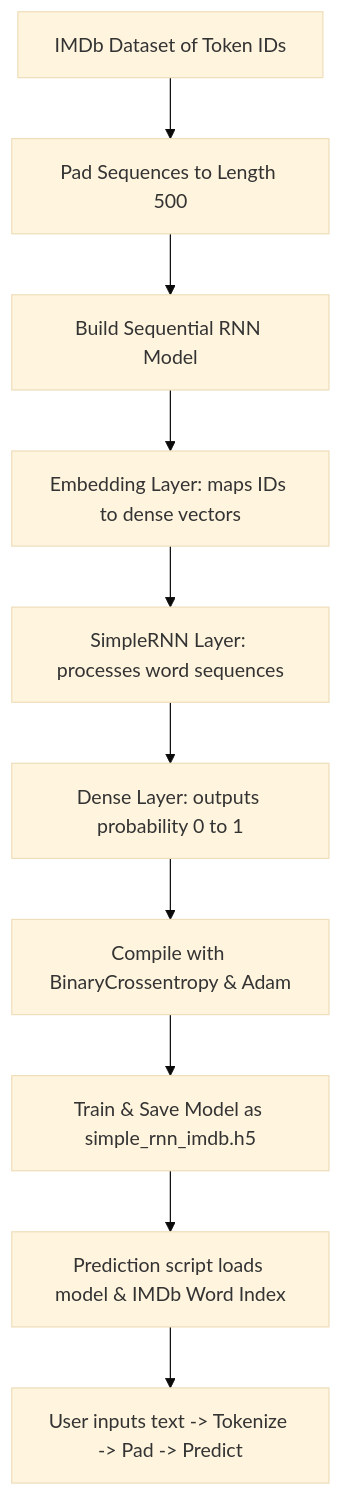
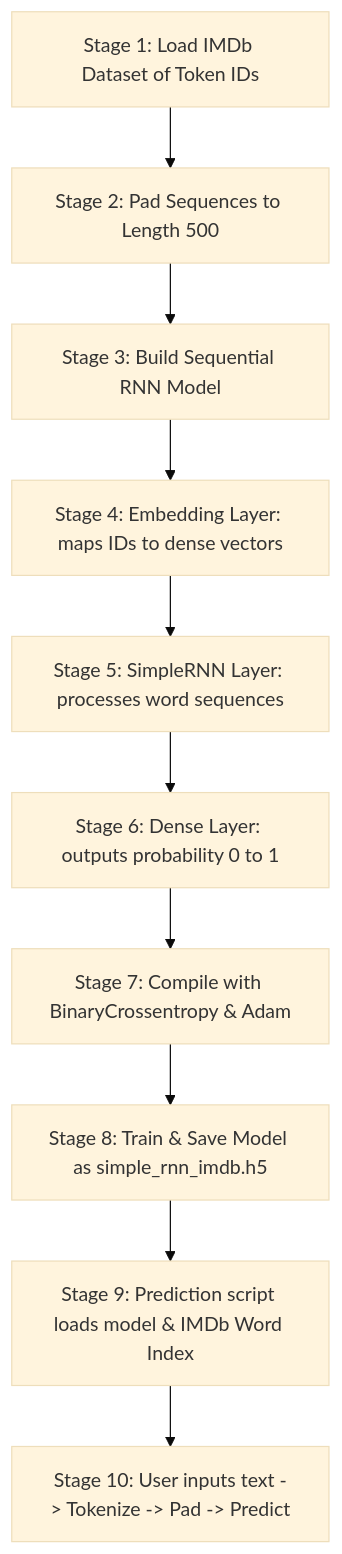
One commit to moonstruck2003/ai-kernel changed the diagram in krish-naik/12 - End to End DL project with Simple RNN/rnn_sentiment_cheatsheet.md. Above: the diagram before and after it, drawn with Mermaid (base theme). The commit also changed other lines of this file and 3 other files, not shown here.

````diff
--- a/krish-naik/12 - End to End DL project with Simple RNN/rnn_sentiment_cheatsheet.md
+++ b/krish-naik/12 - End to End DL project with Simple RNN/rnn_sentiment_cheatsheet.md
@@ -14,12 +14,12 @@
 ```mermaid
 graph TD
-    A[IMDb Dataset of Token IDs] --> B[Pad Sequences to Length 500]
-    B --> C[Build Sequential RNN Model]
-    C --> D[Embedding Layer: maps IDs to dense vectors]
-    D --> E[SimpleRNN Layer: processes word sequences]
-    E --> F[Dense Layer: outputs probability 0 to 1]
-    F --> G[Compile with BinaryCrossentropy & Adam]
-    G --> H[Train & Save Model as simple_rnn_imdb.h5]
-    H --> I[Prediction script loads model & IMDb Word Index]
-    I --> J[User inputs text -> Tokenize -> Pad -> Predict]
+    Stage1[Stage 1: Load IMDb Dataset of Token IDs] --> Stage2[Stage 2: Pad Sequences to Length 500]
+    Stage2 --> Stage3[Stage 3: Build Sequential RNN Model]
+    Stage3 --> Stage4[Stage 4: Embedding Layer: maps IDs to dense vectors]
+    Stage4 --> Stage5[Stage 5: SimpleRNN Layer: processes word sequences]
+    Stage5 --> Stage6[Stage 6: Dense Layer: outputs probability 0 to 1]
+    Stage6 --> Stage7[Stage 7: Compile with BinaryCrossentropy & Adam]
+    Stage7 --> Stage8[Stage 8: Train & Save Model as simple_rnn_imdb.h5]
+    Stage8 --> Stage9[Stage 9: Prediction script loads model & IMDb Word Index]
+    Stage9 --> Stage10[Stage 10: User inputs text -> Tokenize -> Pad -> Predict]
 ```
````
